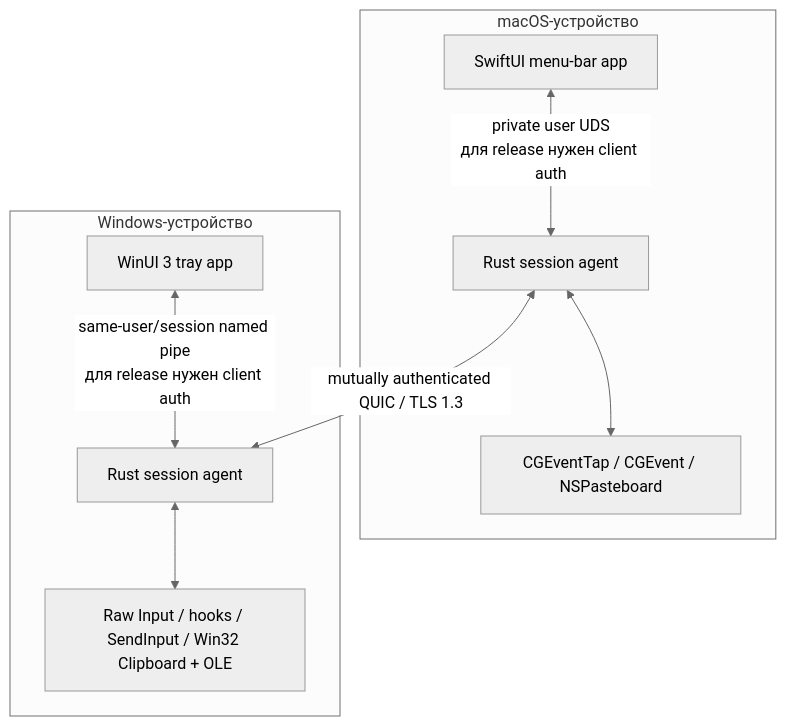
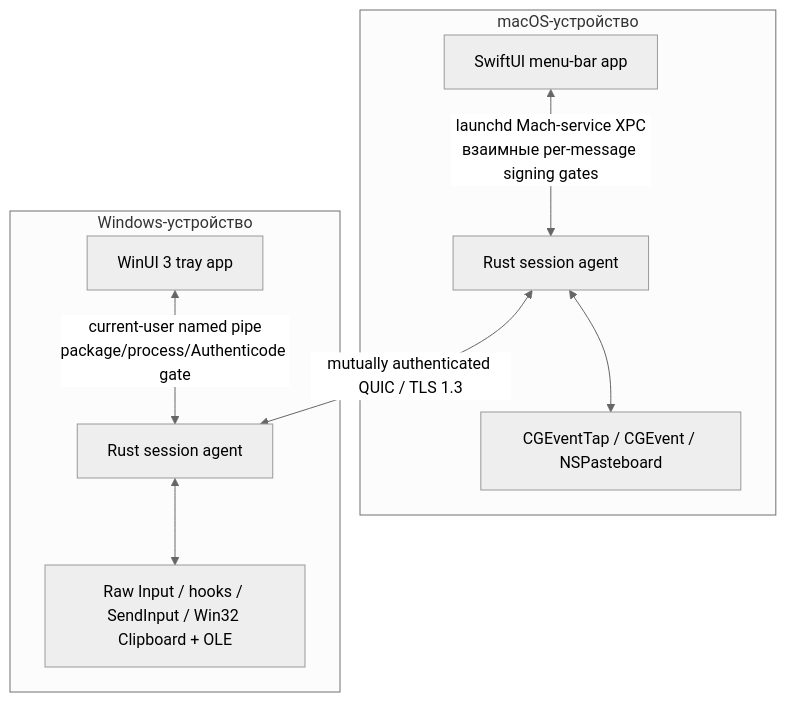
The diagram in docs/architecture.ru.md (greendexd/nodavo), drawn with Mermaid (neutral theme) before and after one commit. The commit also changed other lines of this file and 64 other files, not shown here.

````diff
--- a/docs/architecture.ru.md
+++ b/docs/architecture.ru.md
@@ -13,20 +13,20 @@
 ```mermaid
 flowchart TB
     subgraph Mac["macOS-устройство"]
         MUI["SwiftUI menu-bar app"]
         MA["Rust session agent"]
         MAP["CGEventTap / CGEvent / NSPasteboard"]
-        MUI <-->|"private user UDS<br/>для release нужен client auth"| MA
+        MUI <-->|"launchd Mach-service XPC<br/>взаимные per-message signing gates"| MA
         MA <--> MAP
     end
 
     subgraph Win["Windows-устройство"]
         WUI["WinUI 3 tray app"]
         WA["Rust session agent"]
         WAP["Raw Input / hooks / SendInput / Win32 Clipboard + OLE"]
-        WUI <-->|"same-user/session named pipe<br/>для release нужен client auth"| WA
+        WUI <-->|"current-user named pipe<br/>package/process/Authenticode gate"| WA
         WA <--> WAP
     end
 
     MA <-->|"mutually authenticated QUIC / TLS 1.3"| WA
 ```
````
